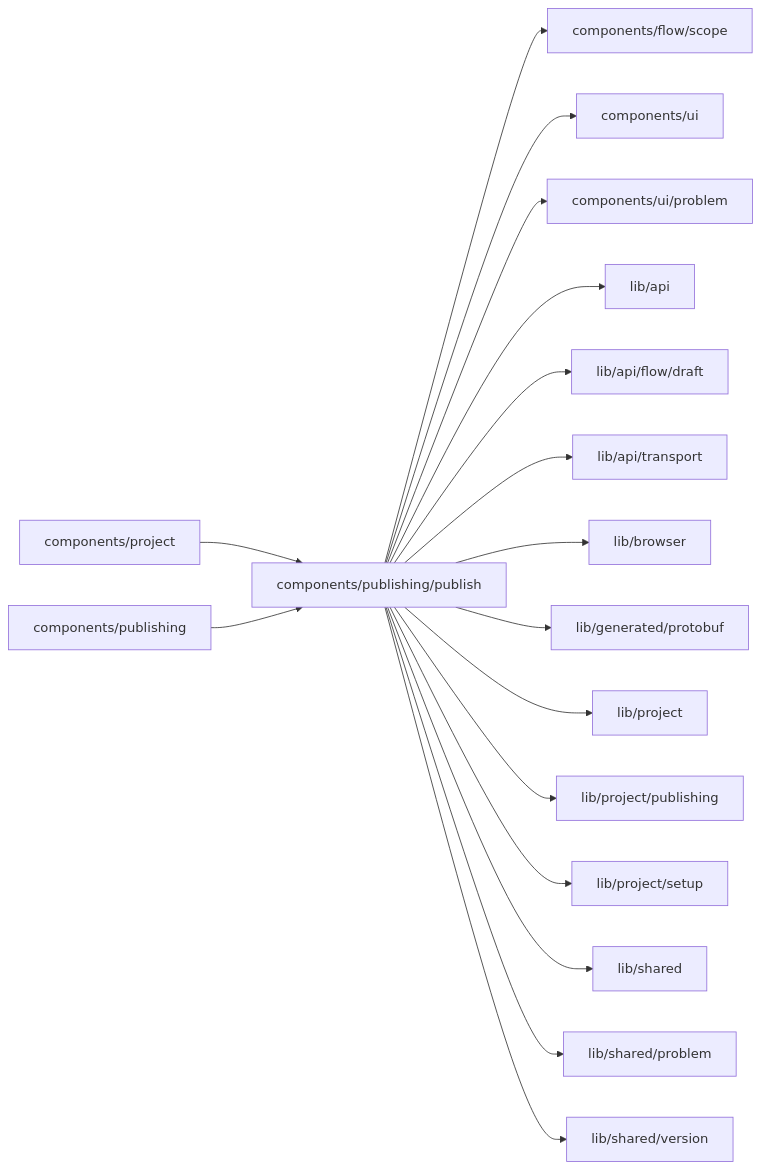
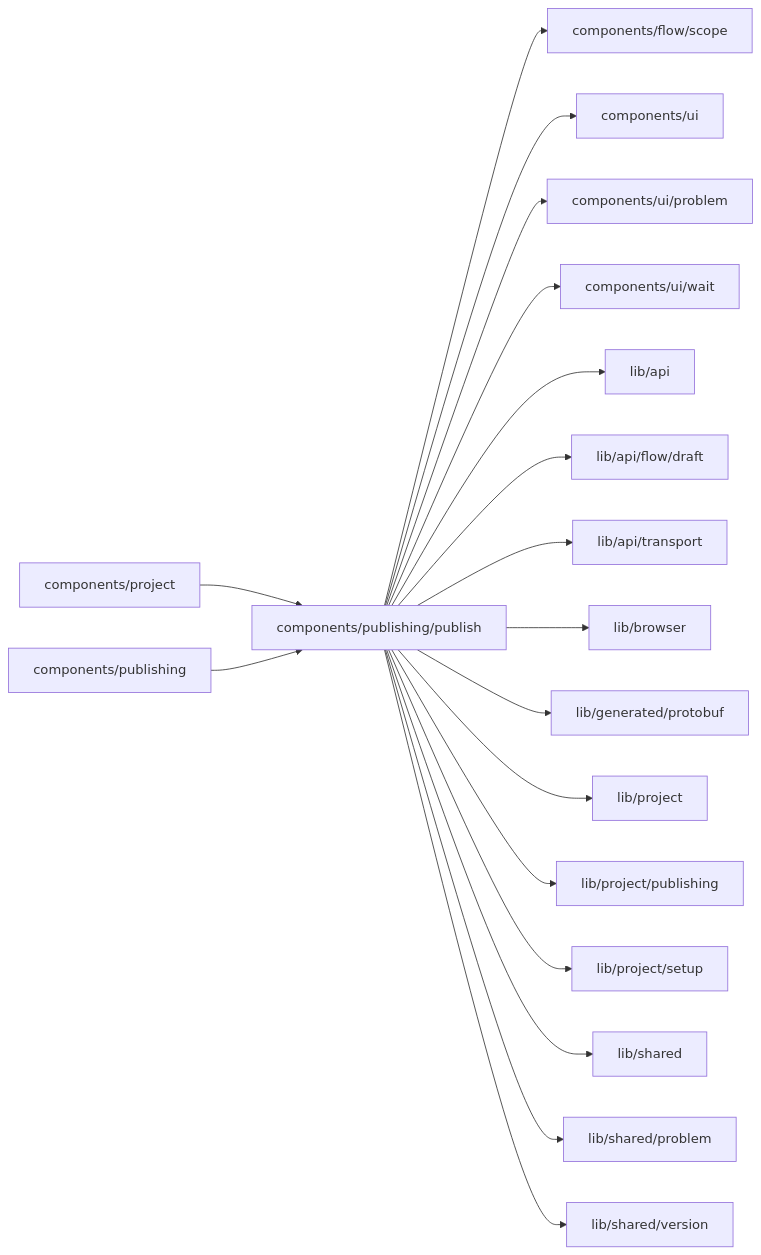
Before and after one commit to superdurable/superverse: the diagram in web/studio/components/publishing/publish/README.md, drawn with Mermaid. The commit also changed other lines of this file and 28 other files, not shown here.

````diff
--- a/web/studio/components/publishing/publish/README.md
+++ b/web/studio/components/publishing/publish/README.md
@@ -10,20 +10,21 @@
 ```mermaid
 flowchart LR
   self["components/publishing/publish"]
   c0["components/project"] --> self
   c1["components/publishing"] --> self
   self --> d0["components/flow/scope"]
   self --> d1["components/ui"]
   self --> d2["components/ui/problem"]
-  self --> d3["lib/api"]
-  self --> d4["lib/api/flow/draft"]
-  self --> d5["lib/api/transport"]
-  self --> d6["lib/browser"]
-  self --> d7["lib/generated/protobuf"]
-  self --> d8["lib/project"]
-  self --> d9["lib/project/publishing"]
-  self --> d10["lib/project/setup"]
-  self --> d11["lib/shared"]
-  self --> d12["lib/shared/problem"]
-  self --> d13["lib/shared/version"]
+  self --> d3["components/ui/wait"]
+  self --> d4["lib/api"]
+  self --> d5["lib/api/flow/draft"]
+  self --> d6["lib/api/transport"]
+  self --> d7["lib/browser"]
+  self --> d8["lib/generated/protobuf"]
+  self --> d9["lib/project"]
+  self --> d10["lib/project/publishing"]
+  self --> d11["lib/project/setup"]
+  self --> d12["lib/shared"]
+  self --> d13["lib/shared/problem"]
+  self --> d14["lib/shared/version"]
 ```
````
